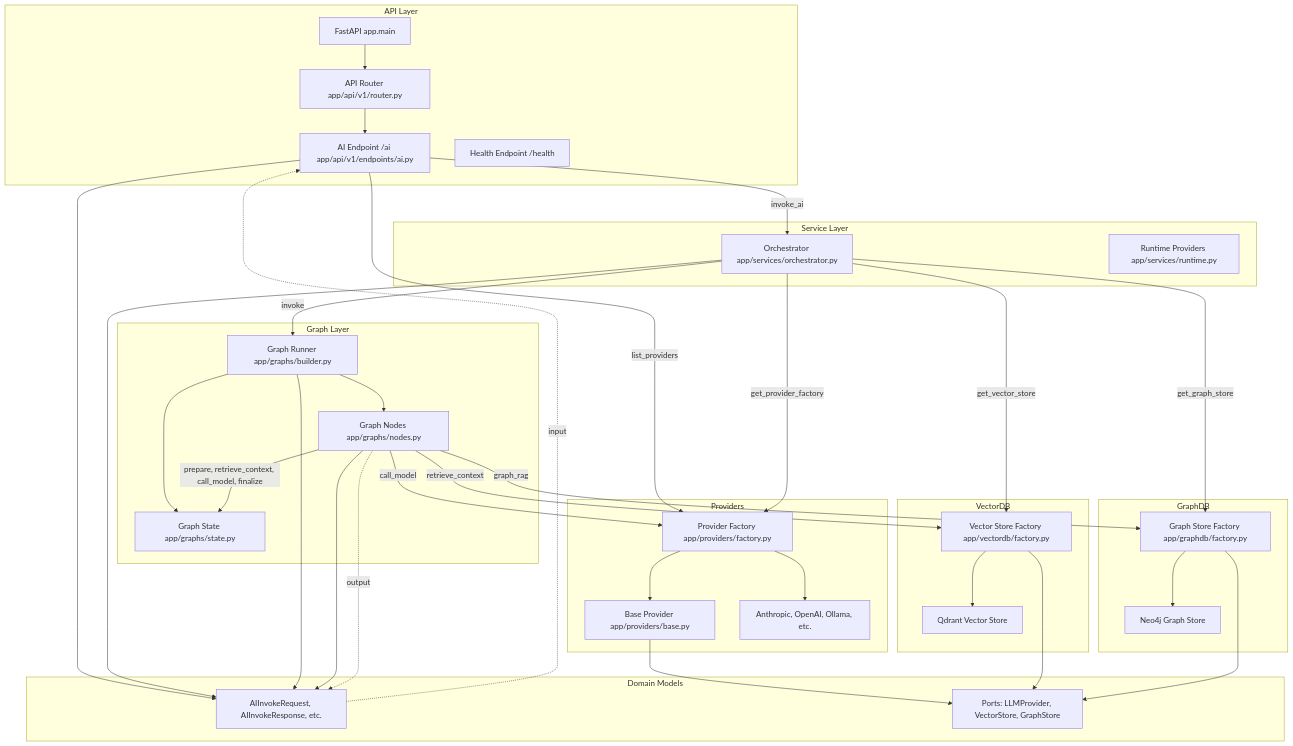
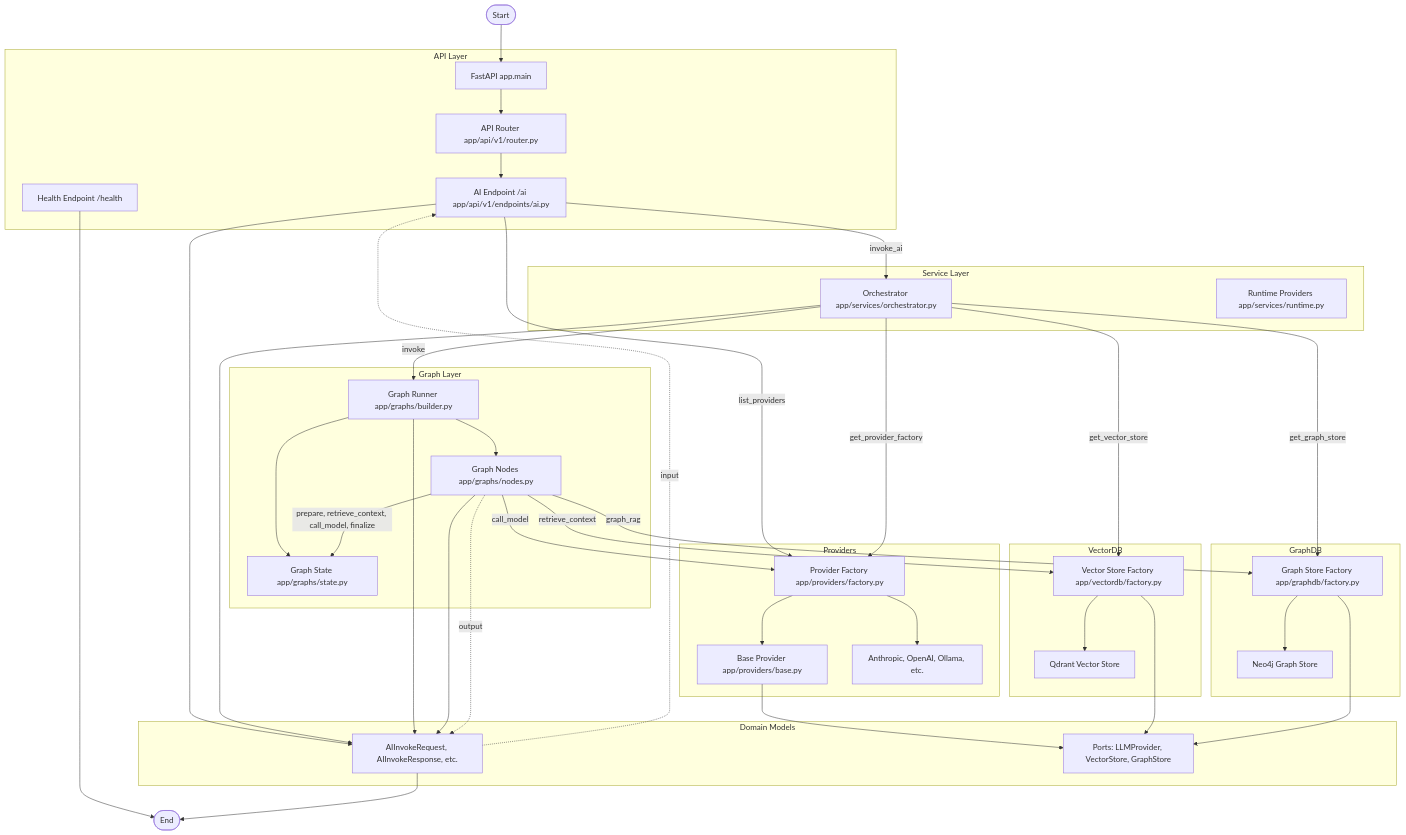
One commit to bvvinai/python_langGraph_module changed the diagram in README.md. Above: the diagram before and after it, drawn with Mermaid. The commit also changed other lines of this file and 28 other files, not shown here.

````diff
--- a/README.md
+++ b/README.md
@@ -66,66 +65,71 @@
 ```mermaid
 flowchart TD
+  S([Start])
+  Z([End])
   subgraph API Layer
     A1[FastAPI app.main]
     A2[API Router app/api/v1/router.py]
     A3[AI Endpoint /ai app/api/v1/endpoints/ai.py]
     A4[Health Endpoint /health]
   end
   subgraph Service Layer
     S1[Orchestrator app/services/orchestrator.py]
     S2[Runtime Providers app/services/runtime.py]
   end
   subgraph Graph Layer
     G1[Graph Runner app/graphs/builder.py]
     G2[Graph Nodes app/graphs/nodes.py]
     G3[Graph State app/graphs/state.py]
   end
   subgraph Providers
     P1[Provider Factory app/providers/factory.py]
     P2[Base Provider app/providers/base.py]
     P3[Anthropic, OpenAI, Ollama, etc.]
   end
   subgraph VectorDB
     V1[Vector Store Factory app/vectordb/factory.py]
     V2[Qdrant Vector Store]
   end
   subgraph GraphDB
     D1[Graph Store Factory app/graphdb/factory.py]
     D2[Neo4j Graph Store]
   end
   subgraph Domain Models
     M1[AIInvokeRequest, AIInvokeResponse, etc.]
     M2[Ports: LLMProvider, VectorStore, GraphStore]
   end
+  S --> A1
   %% API Flow
   A1 --> A2
   A2 --> A3
   A3 -->|invoke_ai| S1
   A3 -->|list_providers| P1
   S1 -->|invoke| G1
   S1 -->|get_provider_factory| P1
   S1 -->|get_vector_store| V1
   S1 -->|get_graph_store| D1
   G1 --> G2
   G1 --> G3
   G2 -->|prepare, retrieve_context, call_model, finalize| G3
   G2 -->|call_model| P1
   G2 -->|retrieve_context| V1
   G2 -->|graph_rag| D1
   P1 --> P2
   P1 --> P3
   V1 --> V2
   D1 --> D2
   %% Models
   A3 --> M1
   S1 --> M1
   G1 --> M1
   G2 --> M1
   P2 --> M2
   V1 --> M2
   D1 --> M2
   %% Data Flow
   M1 -.->|input| A3
   G2 -.->|output| M1
+  A4 --> Z
+  M1 --> Z
     
 ```
````
